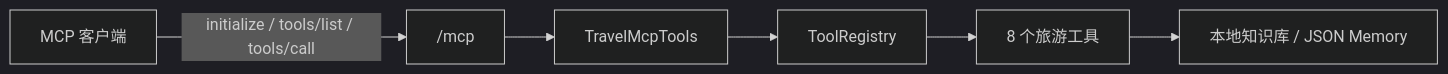
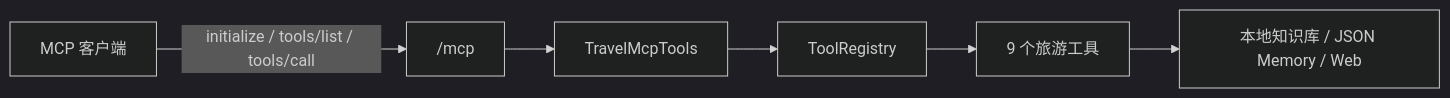
One commit to traveler703/DotNetAgentDev changed the fifth of 5 diagrams in docs/架构设计.md. Above: the diagram before and after it, drawn with Mermaid (dark theme). The commit also changed other lines of this file and 21 other files, not shown here.

````diff
--- a/docs/架构设计.md
+++ b/docs/架构设计.md
@@ -186,8 +193,8 @@
 ```mermaid
 flowchart LR
     CLIENT["MCP 客户端"] -->|"initialize / tools/list / tools/call"| ENDPOINT["/mcp"]
     ENDPOINT --> ADAPTER["TravelMcpTools"]
     ADAPTER --> REG["ToolRegistry"]
-    REG --> TOOL["8 个旅游工具"]
-    TOOL --> DATA["本地知识库 / JSON Memory"]
+    REG --> TOOL["9 个旅游工具"]
+    TOOL --> DATA["本地知识库 / JSON Memory / Web"]
 ```
````
